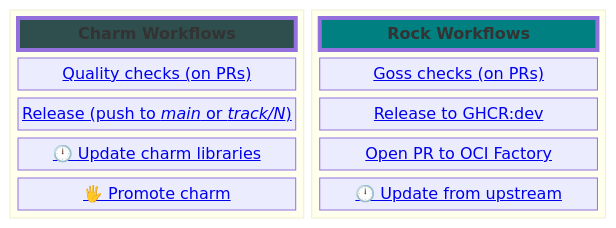
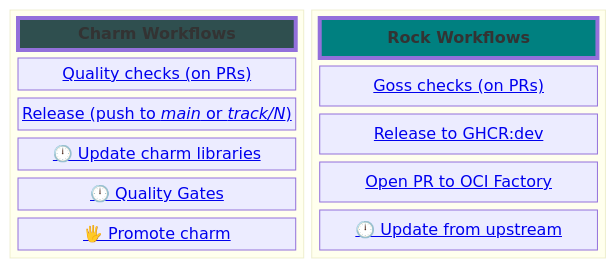
One commit to canonical/observability changed the first of 3 diagrams in README.md. Above: the diagram before and after it, drawn with Mermaid. The commit also changed other lines of this file, not shown here.

````diff
--- a/README.md
+++ b/README.md
@@ -11,23 +11,24 @@
 ```mermaid
 block-beta
   block
     columns 1
     charm["<b>Charm Workflows</b>"]
-    charmpr["<a href='https://github.com/canonical/observability/blob/feature/v1/.github/workflows/charm-pull-request.yaml'>Quality checks (on PRs)</a>"]
-    charmrelease["<a href='https://github.com/canonical/observability/blob/feature/v1/.github/workflows/charm-release.yaml' >Release (push to <i>main</i> or <i>track/N</i>)</a>"]
-    charmupdate["<a href='https://github.com/canonical/observability/blob/feature/v1/.github/workflows/charm-update-libs.yaml'>🕛 Update charm libraries</a>"]
-    charmpromote["<a href='https://github.com/canonical/observability/blob/feature/v1/.github/workflows/charm-promote.yaml'>🖐 Promote charm</a>"]
+    charmpr["<a href='https://github.com/canonical/observability/blob/v1/.github/workflows/charm-pull-request.yaml'>Quality checks (on PRs)</a>"]
+    charmrelease["<a href='https://github.com/canonical/observability/blob/v1/.github/workflows/charm-release.yaml' >Release (push to <i>main</i> or <i>track/N</i>)</a>"]
+    charmupdate["<a href='https://github.com/canonical/observability/blob/v1/.github/workflows/charm-update-libs.yaml'>🕛 Update charm libraries</a>"]
+    charmqualitygates["<a href='https://github.com/canonical/observability/blob/v1/.github/workflows/charm-quality-gates.yaml'>🕛 Quality Gates</a>"]
+    charmpromote["<a href='https://github.com/canonical/observability/blob/v1/.github/workflows/charm-promote.yaml'>🖐 Promote charm</a>"]
   end
 
   block
     columns 1
     rock["<b>Rock Workflows</b>"]
-    rockpr["<a href='https://github.com/canonical/observability/blob/feature/v1/.github/workflows/rock-pull-request.yaml'>Goss checks (on PRs)</a>"]
-    rockreleasedev["<a href='https://github.com/canonical/observability/blob/feature/v1/.github/workflows/rock-release-dev.yaml'>Release to GHCR:dev</a>"]
-    rockreleaseoci["<a href='https://github.com/canonical/observability/blob/feature/v1/.github/workflows/rock-release-oci-factory.yaml'>Open PR to OCI Factory</a>"]
-    rockupdate["<a href='https://github.com/canonical/observability/blob/feature/v1/.github/workflows/rock-update.yaml'>🕛 Update from upstream</a>"]
+    rockpr["<a href='https://github.com/canonical/observability/blob/v1/.github/workflows/rock-pull-request.yaml'>Goss checks (on PRs)</a>"]
+    rockreleasedev["<a href='https://github.com/canonical/observability/blob/v1/.github/workflows/rock-release-dev.yaml'>Release to GHCR:dev</a>"]
+    rockreleaseoci["<a href='https://github.com/canonical/observability/blob/v1/.github/workflows/rock-release-oci-factory.yaml'>Open PR to OCI Factory</a>"]
+    rockupdate["<a href='https://github.com/canonical/observability/blob/v1/.github/workflows/rock-update.yaml'>🕛 Update from upstream</a>"]
   end
 
 style charm fill:darkslategray,stroke-width:4px
 style rock fill:teal,stroke-width:4px
 ```
````
